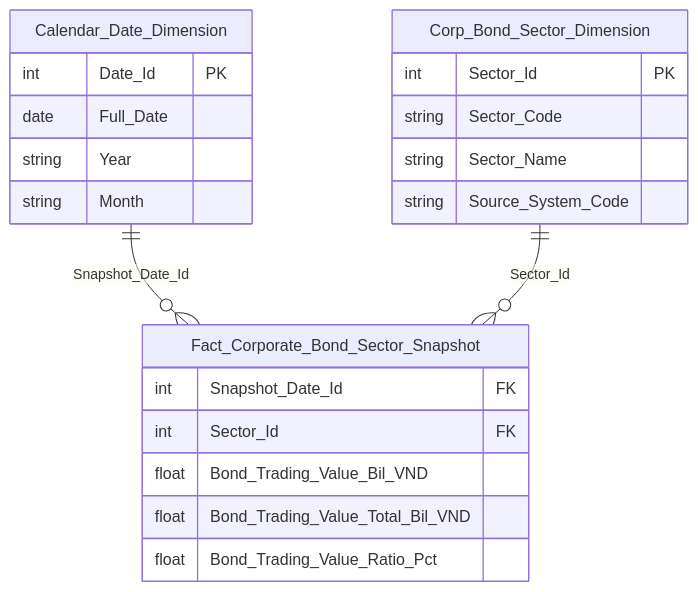
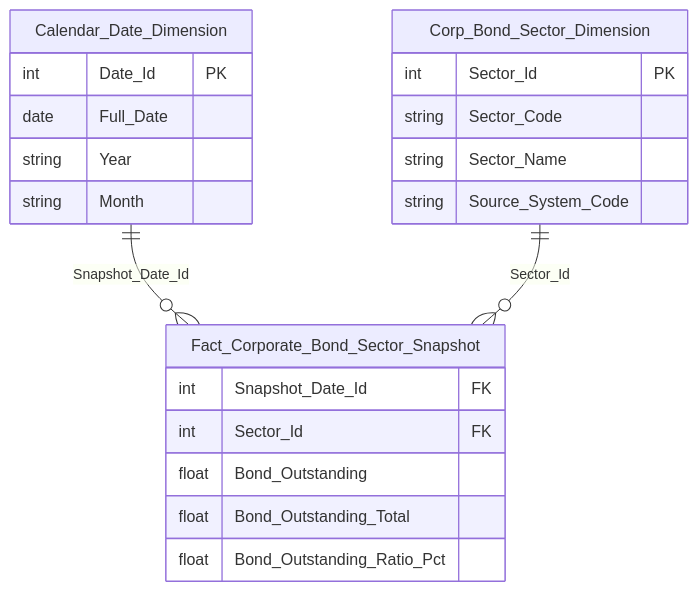
Diagram 52 of 55 in Datamart/hld/DTM_PTTT_HLD.md (linhlvit/ubck_atomic_design), drawn with Mermaid before and after one commit. The commit also changed other lines of this file and 70 other files, not shown here.

````diff
--- a/Datamart/hld/DTM_PTTT_HLD.md
+++ b/Datamart/hld/DTM_PTTT_HLD.md
@@ -2426,24 +2387,24 @@
 ```mermaid
 erDiagram
     Fact_Corporate_Bond_Sector_Snapshot {
         int Snapshot_Date_Id FK
         int Sector_Id FK
-        float Bond_Trading_Value_Bil_VND
-        float Bond_Trading_Value_Total_Bil_VND
-        float Bond_Trading_Value_Ratio_Pct
+        float Bond_Outstanding
+        float Bond_Outstanding_Total
+        float Bond_Outstanding_Ratio_Pct
     }
     Calendar_Date_Dimension {
         int Date_Id PK
         date Full_Date
         string Year
         string Month
     }
     Corp_Bond_Sector_Dimension {
         int Sector_Id PK
         string Sector_Code
         string Sector_Name
         string Source_System_Code
     }
     Calendar_Date_Dimension ||--o{ Fact_Corporate_Bond_Sector_Snapshot : "Snapshot_Date_Id"
     Corp_Bond_Sector_Dimension ||--o{ Fact_Corporate_Bond_Sector_Snapshot : "Sector_Id"
 ```
````
